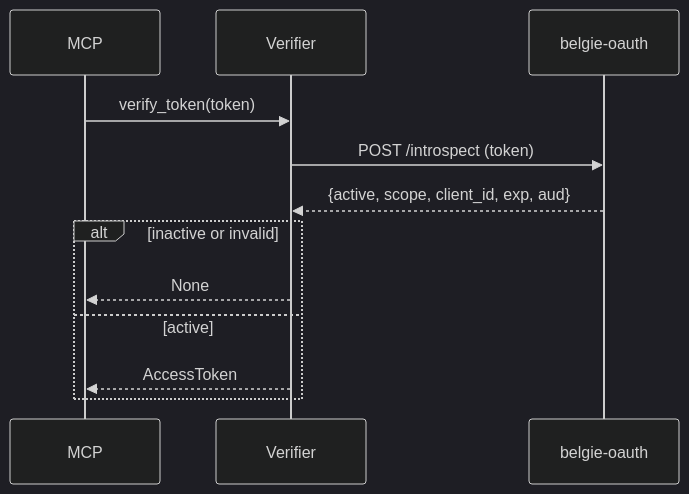
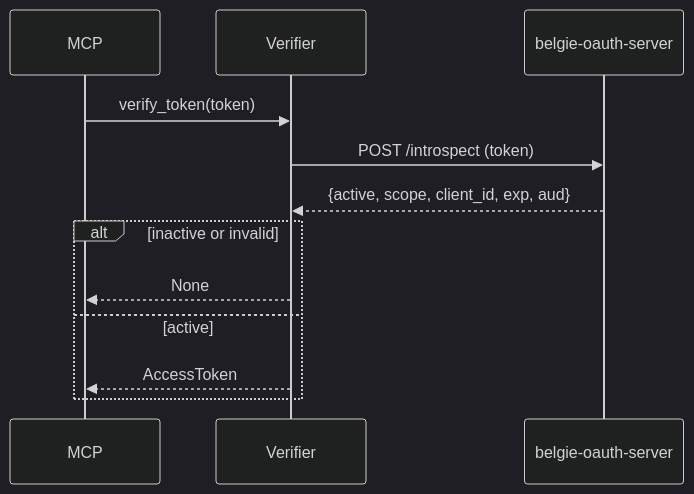
One commit to mplemay/belgie changed the fourth of 6 diagrams in design/012-belgie-mcp-oauth-support.md. Above: the diagram before and after it, drawn with Mermaid (dark theme). The commit also changed other lines of this file and 35 other files, not shown here.

Commit message:
refactor: renamed the belgie-oauth to belgie-oauth-server

````diff
--- a/design/012-belgie-mcp-oauth-support.md
+++ b/design/012-belgie-mcp-oauth-support.md
@@ -133,15 +135,15 @@
 ```mermaid
 sequenceDiagram
     participant MCP
     participant Verifier
-    participant AS as belgie-oauth
+    participant AS as belgie-oauth-server
 
     MCP->>Verifier: verify_token(token)
     Verifier->>AS: POST /introspect (token)
     AS-->>Verifier: {active, scope, client_id, exp, aud}
     alt inactive or invalid
         Verifier-->>MCP: None
     else active
         Verifier-->>MCP: AccessToken
     end
 ```
````
